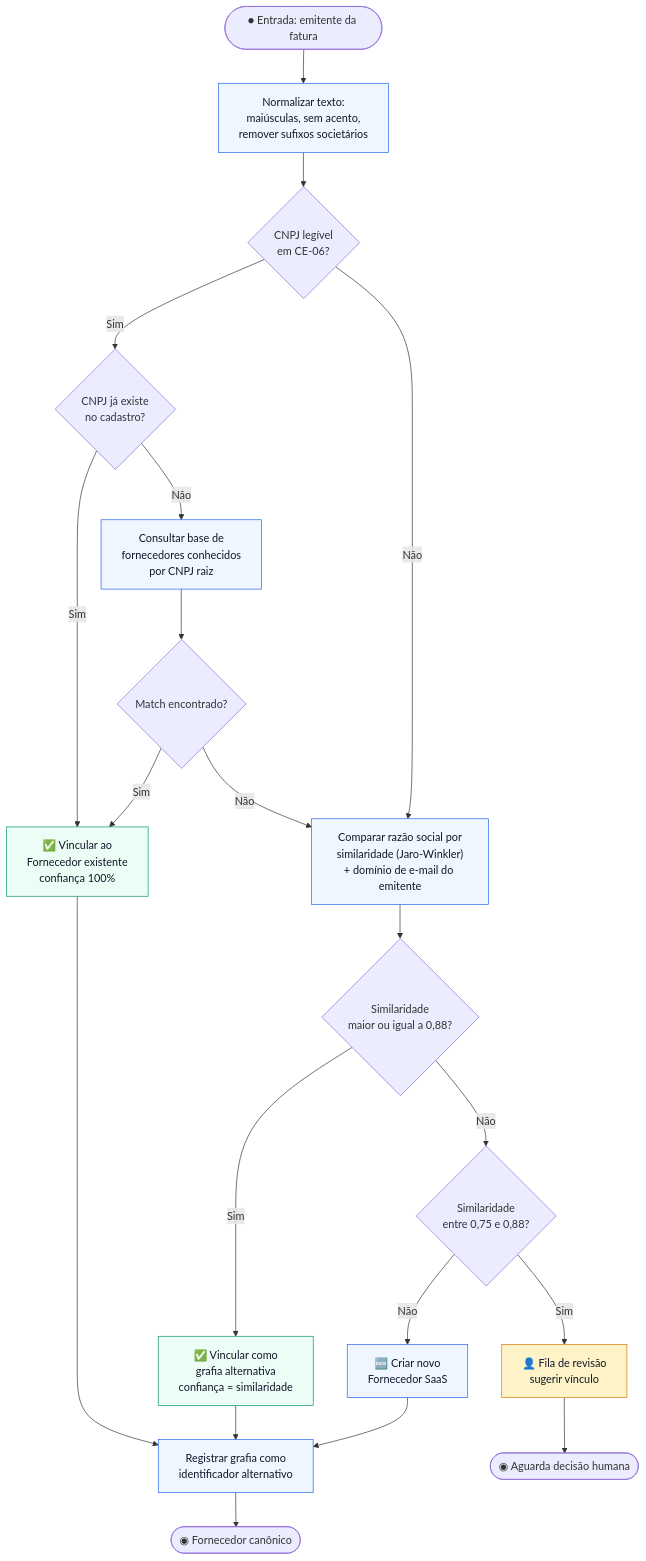
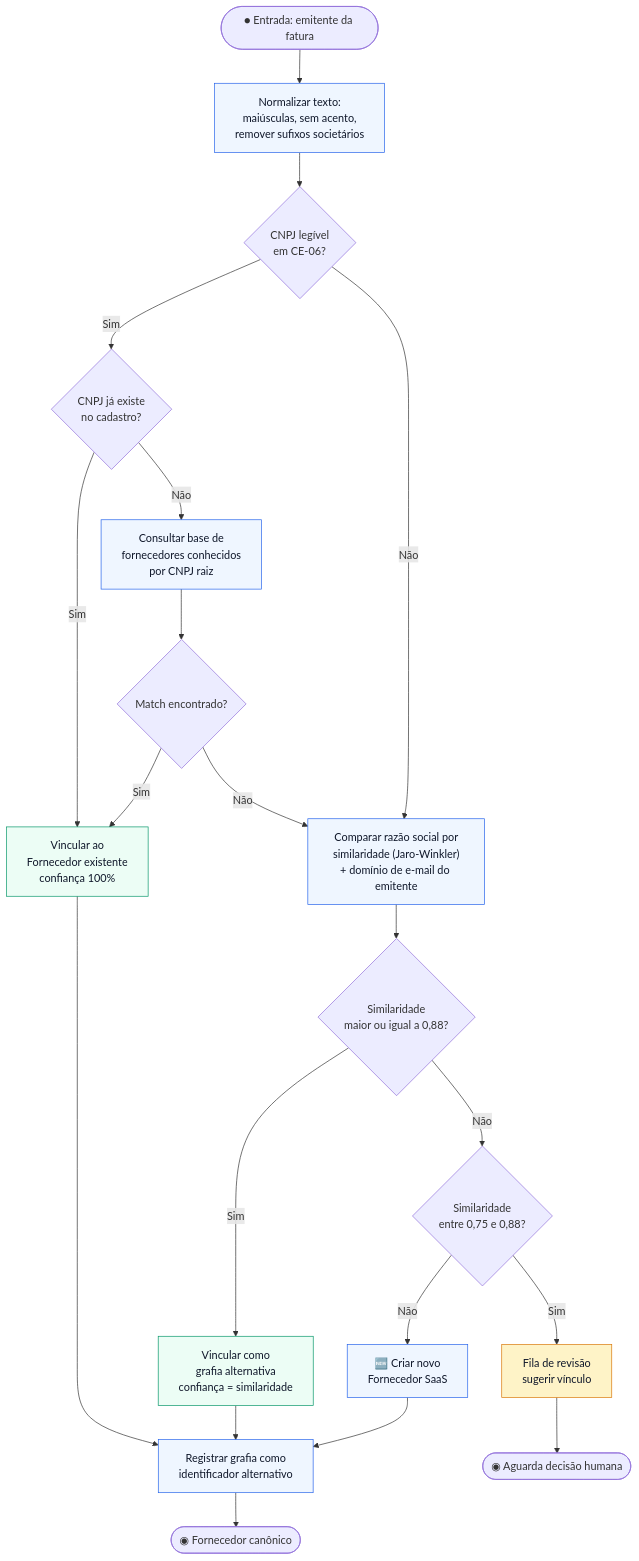
One commit to ES-2026-2/PS changed the second of 5 diagrams in semana-04/entregavel-01-fluxogramas-motor-ia-algoritmo-consolidacao.md. Above: the diagram before and after it, drawn with Mermaid. The commit also changed other lines of this file and 24 other files, not shown here.

````diff
--- a/semana-04/entregavel-01-fluxogramas-motor-ia-algoritmo-consolidacao.md
+++ b/semana-04/entregavel-01-fluxogramas-motor-ia-algoritmo-consolidacao.md
@@ -79,31 +79,31 @@
 ```mermaid
 flowchart TD
     A(["● Entrada: emitente da fatura"]) --> B["Normalizar texto:<br/>maiúsculas, sem acento,<br/>remover sufixos societários"]
     B --> C{"CNPJ legível<br/>em CE-06?"}
     C -->|"Sim"| D{"CNPJ já existe<br/>no cadastro?"}
-    D -->|"Sim"| E["✅ Vincular ao<br/>Fornecedor existente<br/>confiança 100%"]
+    D -->|"Sim"| E["Vincular ao<br/>Fornecedor existente<br/>confiança 100%"]
     D -->|"Não"| F["Consultar base de<br/>fornecedores conhecidos<br/>por CNPJ raiz"]
     F --> G{"Match encontrado?"}
     G -->|"Sim"| E
     G -->|"Não"| H
 
     C -->|"Não"| H["Comparar razão social por<br/>similaridade (Jaro-Winkler)<br/>+ domínio de e-mail do emitente"]
     H --> I{"Similaridade<br/>maior ou igual a 0,88?"}
-    I -->|"Sim"| J["✅ Vincular como<br/>grafia alternativa<br/>confiança = similaridade"]
+    I -->|"Sim"| J["Vincular como<br/>grafia alternativa<br/>confiança = similaridade"]
     I -->|"Não"| K{"Similaridade<br/>entre 0,75 e 0,88?"}
-    K -->|"Sim"| L["👤 Fila de revisão<br/>sugerir vínculo"]
+    K -->|"Sim"| L["Fila de revisão<br/>sugerir vínculo"]
     K -->|"Não"| M["🆕 Criar novo<br/>Fornecedor SaaS"]
 
     E --> N["Registrar grafia como<br/>identificador alternativo"]
     J --> N
     M --> N
     L --> O(["◉ Aguarda decisão humana"])
     N --> P(["◉ Fornecedor canônico"])
 
     classDef ok fill:#ECFDF5,stroke:#059669,color:#0F172A
     classDef rev fill:#FEF3C7,stroke:#D97706,color:#0F172A
     classDef sis fill:#EFF6FF,stroke:#2563EB,color:#0F172A
     class E,J ok
     class L rev
     class B,F,H,N,M sis
 ```
````
